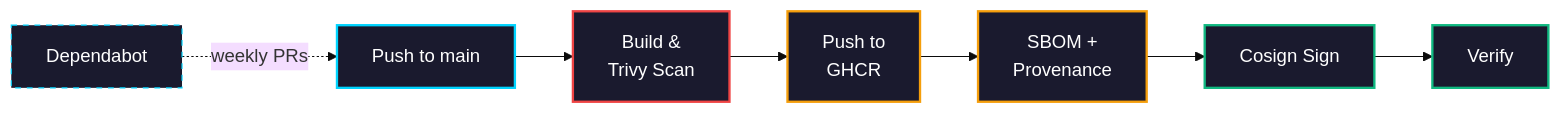
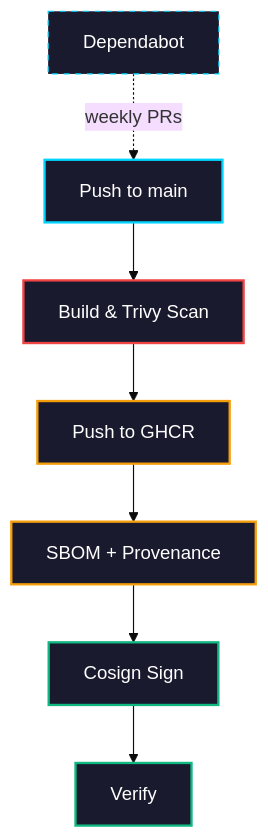
The seventh of 9 diagrams in README.md (or-carmeli/KubeQuest), drawn with Mermaid (base theme) before and after one commit.

Commit message:
docs: switch publish pipeline diagram to vertical layout

````diff
--- a/README.md
+++ b/README.md
@@ -330,13 +330,13 @@
 ```mermaid
-flowchart LR
-    PUSH["Push to main"] --> SCAN["Build &<br/>Trivy Scan"] --> GHCR["Push to<br/>GHCR"] --> ATTEST["SBOM +<br/>Provenance"] --> SIGN["Cosign Sign"] --> VERIFY["Verify"]
+flowchart TD
     BOT["Dependabot"] -.->|weekly PRs| PUSH
+    PUSH["Push to main"] --> SCAN["Build & Trivy Scan"] --> GHCR["Push to GHCR"] --> ATTEST["SBOM + Provenance"] --> SIGN["Cosign Sign"] --> VERIFY["Verify"]
 
     style PUSH fill:#1a1a2e,stroke:#00D4FF,stroke-width:2px,color:#fff
     style SCAN fill:#1a1a2e,stroke:#EF4444,stroke-width:2px,color:#fff
     style GHCR fill:#1a1a2e,stroke:#F59E0B,stroke-width:2px,color:#fff
     style ATTEST fill:#1a1a2e,stroke:#F59E0B,stroke-width:2px,color:#fff
     style SIGN fill:#1a1a2e,stroke:#10B981,stroke-width:2px,color:#fff
     style VERIFY fill:#1a1a2e,stroke:#10B981,stroke-width:2px,color:#fff
     style BOT fill:#1a1a2e,stroke:#00D4FF,stroke-dasharray:5 5,color:#fff
 ```
````
